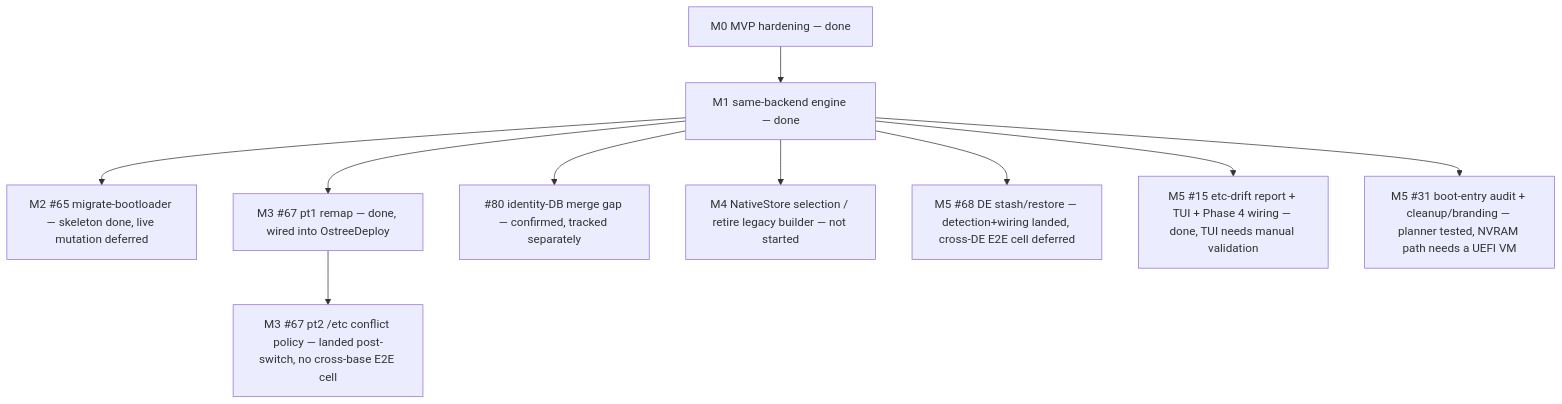
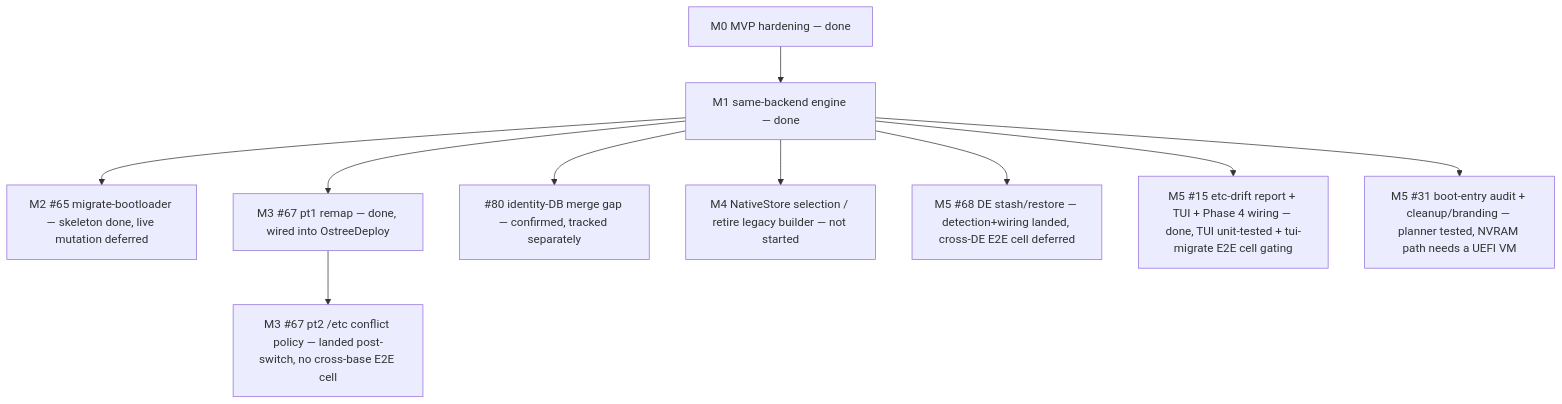
One commit to tuna-os/docs changed the diagram in docs/bootc-migrate/ROADMAP.md. Above: the diagram before and after it, drawn with Mermaid. The commit also changed other lines of this file and 218 other files, not shown here.

````diff
--- a/docs/bootc-migrate/ROADMAP.md
+++ b/docs/bootc-migrate/ROADMAP.md
@@ -237,12 +329,12 @@
 ```mermaid
 graph TD
   M0["M0 MVP hardening — done"] --> M1["M1 same-backend engine — done"]
   M1 --> M2["M2 #65 migrate-bootloader — skeleton done, live mutation deferred"]
   M1 --> M3P1["M3 #67 pt1 remap — done, wired into OstreeDeploy"]
   M3P1 --> M3P2["M3 #67 pt2 /etc conflict policy — landed post-switch, no cross-base E2E cell"]
   M1 --> GAP80["#80 identity-DB merge gap — confirmed, tracked separately"]
   M1 --> M4["M4 NativeStore selection / retire legacy builder — not started"]
   M1 --> M5A["M5 #68 DE stash/restore — detection+wiring landed, cross-DE E2E cell deferred"]
-  M1 --> M5B["M5 #15 etc-drift report + TUI + Phase 4 wiring — done, TUI needs manual validation"]
+  M1 --> M5B["M5 #15 etc-drift report + TUI + Phase 4 wiring — done, TUI unit-tested + tui-migrate E2E cell gating"]
   M1 --> M5C["M5 #31 boot-entry audit + cleanup/branding — planner tested, NVRAM path needs a UEFI VM"]
 ```
````
